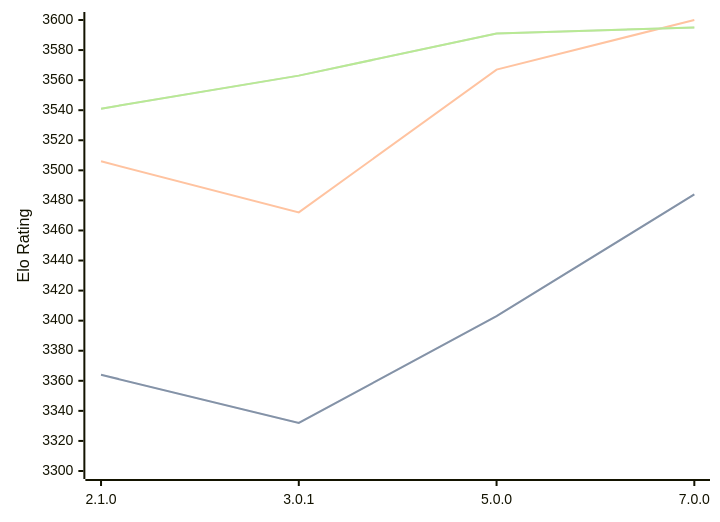
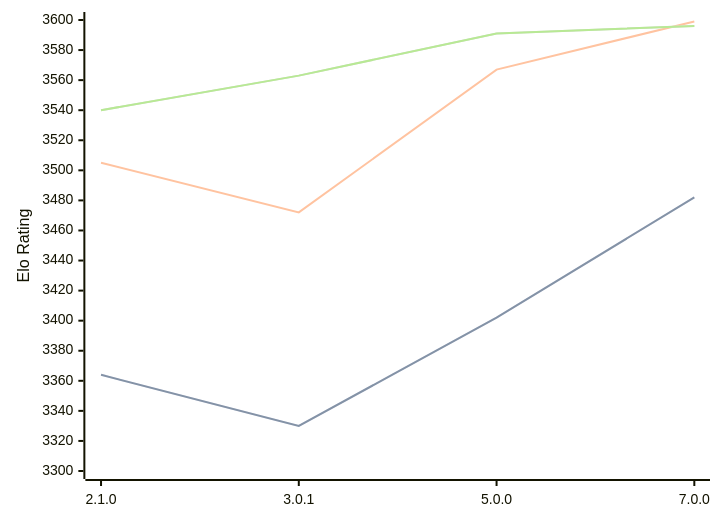
One commit to computer-chess-index/cci changed the diagram in engines/PlentyChess.md. Above: the diagram before and after it, drawn with Mermaid. The commit also changed other lines of this file, not shown here.

Commit message:
Update CCI Ratings (ELO VLTC) - 2026-04-21

````diff
--- a/engines/PlentyChess.md
+++ b/engines/PlentyChess.md
@@ -45,11 +45,11 @@
 ```mermaid
 %%{init: {"theme":"base","themeVariables":{"seriesColors:['#a3a3a3','#222221','#faa371']}}}%%
 xychart-beta
   x-axis ["2.1.0", "3.0.1", "5.0.0", "7.0.0"]
   y-axis "Elo Rating" 3300 --> 3600
-  line "STC (8.0+0.08s)" [3364, 3332, 3403, 3484]
-  line "STC (8.0+0.08s)" [3364, 3332, 3403, 3484]
-  line "LTC (60.0+0.60s)" [3506, 3472, 3567, 3600]
-  line "VLTC (2m24s+1.12s)" [3541, 3563, 3591, 3595]
-  line "VLTC (2m24s+1.12s)" [3541, 3563, 3591, 3595]
+  line "STC (8.0+0.08s)" [3364, 3330, 3402, 3482]
+  line "STC (8.0+0.08s)" [3364, 3330, 3402, 3482]
+  line "LTC (60.0+0.60s)" [3505, 3472, 3567, 3599]
+  line "VLTC (2m24s+1.12s)" [3540, 3563, 3591, 3596]
+  line "VLTC (2m24s+1.12s)" [3540, 3563, 3591, 3596]
 ```
````
